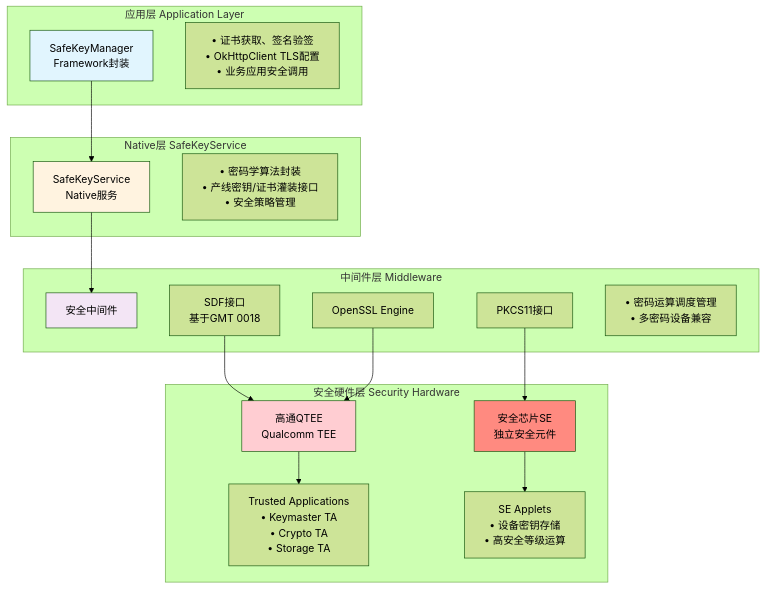
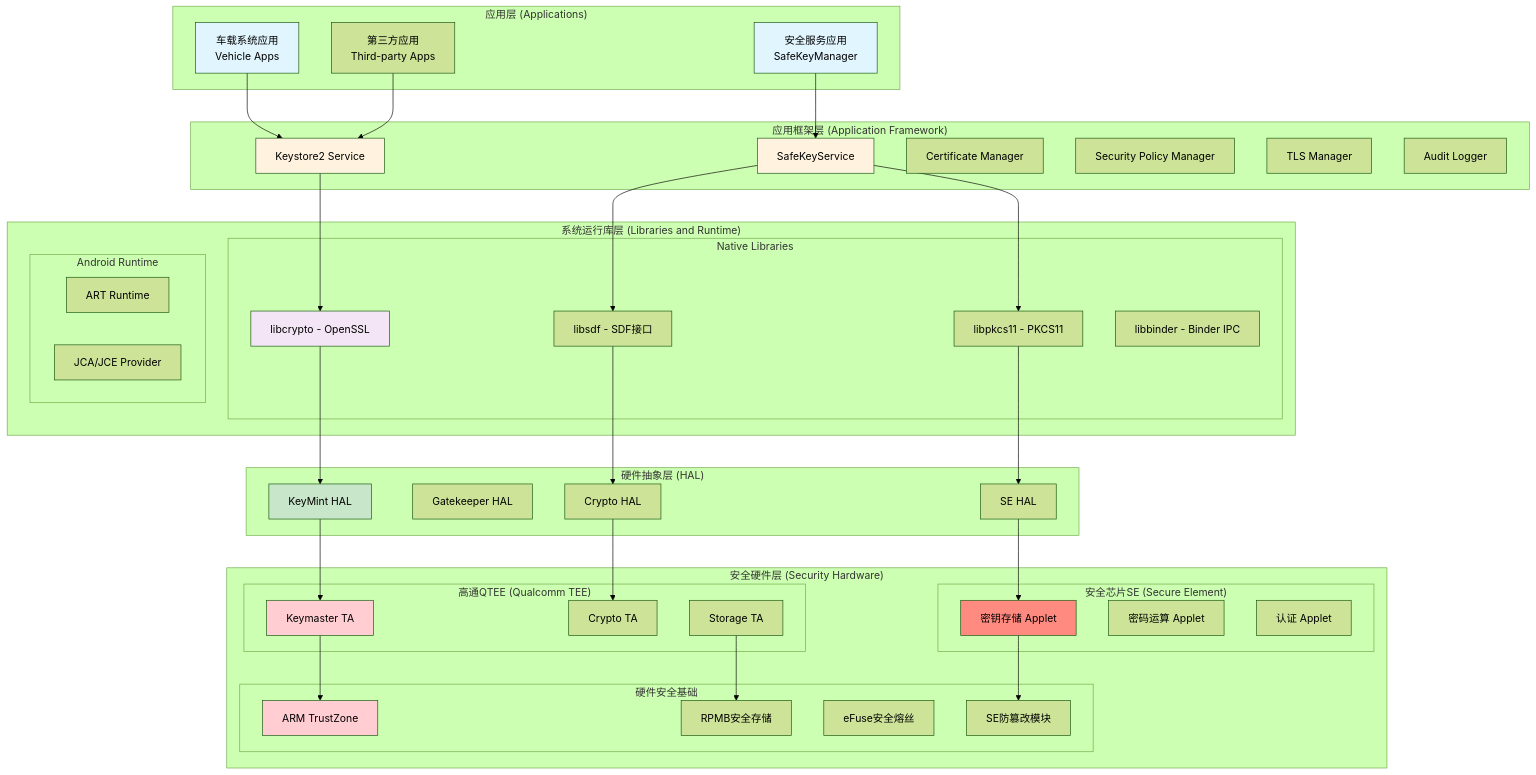
One commit to chenlehua/android-sec changed the first of 26 diagrams in specs/car-qualcomm-platform.md. Above: the diagram before and after it, drawn with Mermaid (forest theme). The commit also changed other lines of this file and 1 other file, not shown here.

Commit message:
调整车载平台系统架构总览，参考Android分层架构风格
- 更新高通平台架构图，采用五层结构（应用层→框架层→运行库层→HAL层→安全硬件层）
- 更新MTK平台架构图，采用相同的五层结构风格
- 每层使用中英文双语命名，保持与android.md一致的风格
- 增加详细的组件展示和层级间的连接关系

````diff
--- a/specs/car-qualcomm-platform.md
+++ b/specs/car-qualcomm-platform.md
@@ -29,41 +29,82 @@
 ```mermaid
 graph TB
-    subgraph "应用层 Application Layer"
-        APP["SafeKeyManager<br/>Framework封装"]
-        APP_DESC["• 证书获取、签名验签<br/>• OkHttpClient TLS配置<br/>• 业务应用安全调用"]
+    subgraph "应用层 (Applications)"
+        A1["车载系统应用<br/>Vehicle Apps"]
+        A2["安全服务应用<br/>SafeKeyManager"]
+        A3["第三方应用<br/>Third-party Apps"]
     end
 
-    subgraph "Native层 SafeKeyService"
-        NATIVE["SafeKeyService<br/>Native服务"]
-        NATIVE_DESC["• 密码学算法封装<br/>• 产线密钥/证书灌装接口<br/>• 安全策略管理"]
+    subgraph "应用框架层 (Application Framework)"
+        F1[Keystore2 Service]
+        F2[SafeKeyService]
+        F3[Certificate Manager]
+        F4[Security Policy Manager]
+        F5[TLS Manager]
+        F6[Audit Logger]
     end
 
-    subgraph "中间件层 Middleware"
-        MW["安全中间件"]
-        SDF["SDF接口<br/>基于GMT 0018"]
-        OSSL["OpenSSL Engine"]
-        PKCS["PKCS11接口"]
-        MW_DESC["• 密码运算调度管理<br/>• 多密码设备兼容"]
+    subgraph "系统运行库层 (Libraries and Runtime)"
+        subgraph "Native Libraries"
+            L1[libcrypto - OpenSSL]
+            L2[libsdf - SDF接口]
+            L3[libpkcs11 - PKCS11]
+            L4[libbinder - Binder IPC]
+        end
+        subgraph "Android Runtime"
+            R1[ART Runtime]
+            R2[JCA/JCE Provider]
+        end
     end
 
-    subgraph "安全硬件层 Security Hardware"
-        QTEE["高通QTEE<br/>Qualcomm TEE"]
-        SE["安全芯片SE<br/>独立安全元件"]
-        TA["Trusted Applications<br/>• Keymaster TA<br/>• Crypto TA<br/>• Storage TA"]
-        APPLET["SE Applets<br/>• 设备密钥存储<br/>• 高安全等级运算"]
+    subgraph "硬件抽象层 (HAL)"
+        H1[KeyMint HAL]
+        H2[Gatekeeper HAL]
+        H3[SE HAL]
+        H4[Crypto HAL]
     end
 
-    APP --> NATIVE
-    NATIVE --> MW
-    SDF --> QTEE
-    OSSL --> QTEE
-    PKCS --> SE
-    QTEE --> TA
-    SE --> APPLET
+    subgraph "安全硬件层 (Security Hardware)"
+        subgraph "高通QTEE (Qualcomm TEE)"
+            T1[Keymaster TA]
+            T2[Crypto TA]
+            T3[Storage TA]
+        end
+        subgraph "安全芯片SE (Secure Element)"
+            S1[密钥存储 Applet]
+            S2[密码运算 Applet]
+            S3[认证 Applet]
+        end
+        subgraph "硬件安全基础"
+            HW1[ARM TrustZone]
+            HW2[RPMB安全存储]
+            HW3[eFuse安全熔丝]
+            HW4[SE防篡改模块]
+        end
+    end
 
-    style APP fill:#e1f5fe
-    style NATIVE fill:#fff3e0
-    style MW fill:#f3e5f5
-    style QTEE fill:#ffcdd2
-    style SE fill:#ff8a80
+    A1 --> F1
+    A2 --> F2
+    A3 --> F1
+    F1 --> L1
+    F2 --> L2
+    F2 --> L3
+    L1 --> H1
+    L2 --> H4
+    L3 --> H3
+    H1 --> T1
+    H3 --> S1
+    H4 --> T2
+    T1 --> HW1
+    T3 --> HW2
+    S1 --> HW4
+
+    style A1 fill:#e1f5fe
+    style A2 fill:#e1f5fe
+    style F1 fill:#fff3e0
+    style F2 fill:#fff3e0
+    style L1 fill:#f3e5f5
+    style H1 fill:#c8e6c9
+    style T1 fill:#ffcdd2
+    style S1 fill:#ff8a80
+    style HW1 fill:#ffcdd2
 ```
````
